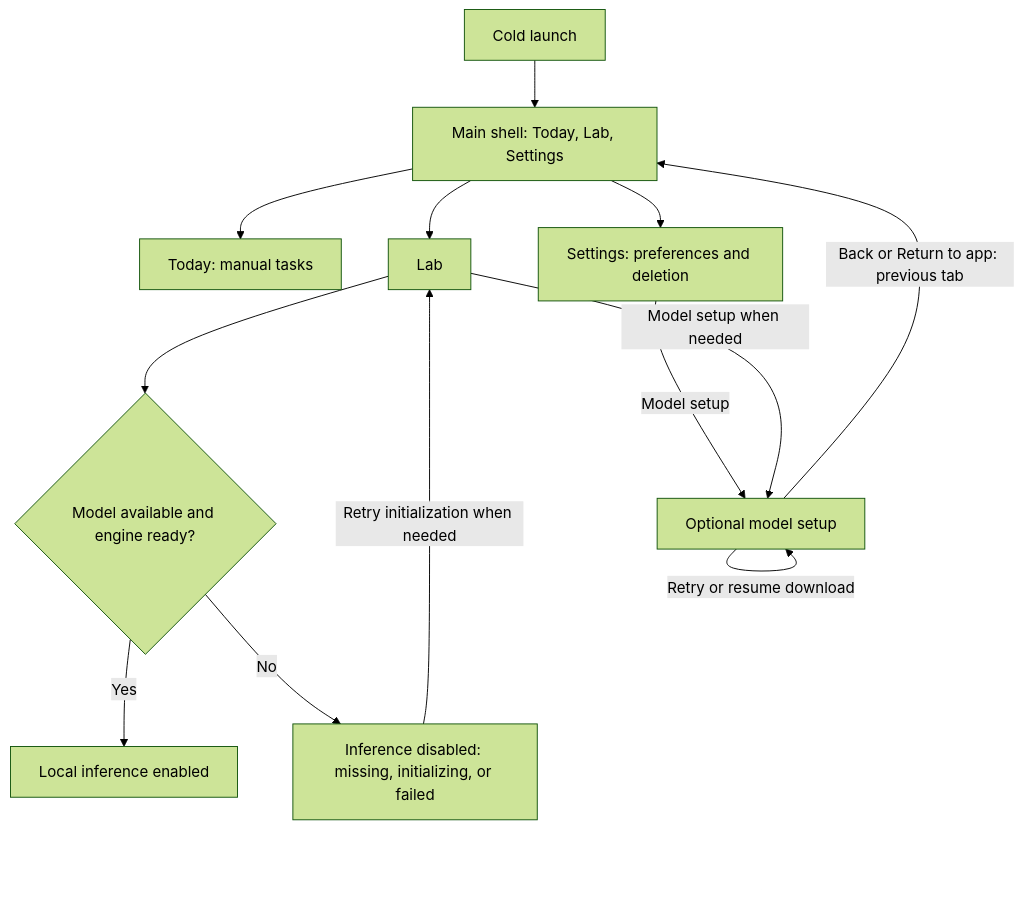
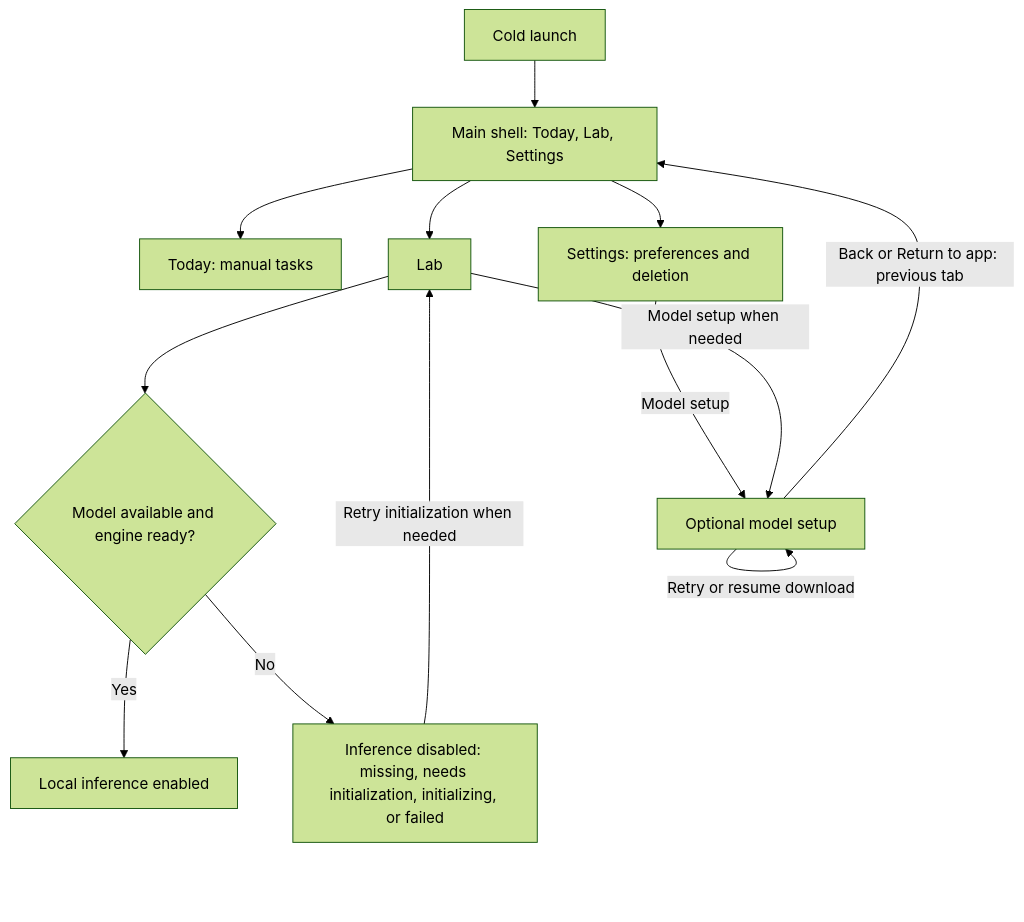
The diagram in README.md (mcasillas17/Thwiply), drawn with Mermaid (forest theme) before and after one commit. The commit also changed other lines of this file, not shown here.

Commit message:
docs: include pending initialization in Lab navigation

````diff
--- a/README.md
+++ b/README.md
@@ -128,15 +129,15 @@
 ```mermaid
 flowchart TD
     launch["Cold launch"] --> shell["Main shell: Today, Lab, Settings"]
     shell --> today["Today: manual tasks"]
     shell --> settings["Settings: preferences and deletion"]
     shell --> lab["Lab"]
     settings -->|Model setup| setup["Optional model setup"]
     lab -->|Model setup when needed| setup
     setup -->|Back or Return to app: previous tab| shell
     setup -->|Retry or resume download| setup
     lab --> ready{"Model available and engine ready?"}
     ready -->|Yes| inference["Local inference enabled"]
-    ready -->|No| gated["Inference disabled: missing, initializing, or failed"]
+    ready -->|No| gated["Inference disabled: missing, needs initialization, initializing, or failed"]
     gated -->|Retry initialization when needed| lab
 ```
````
